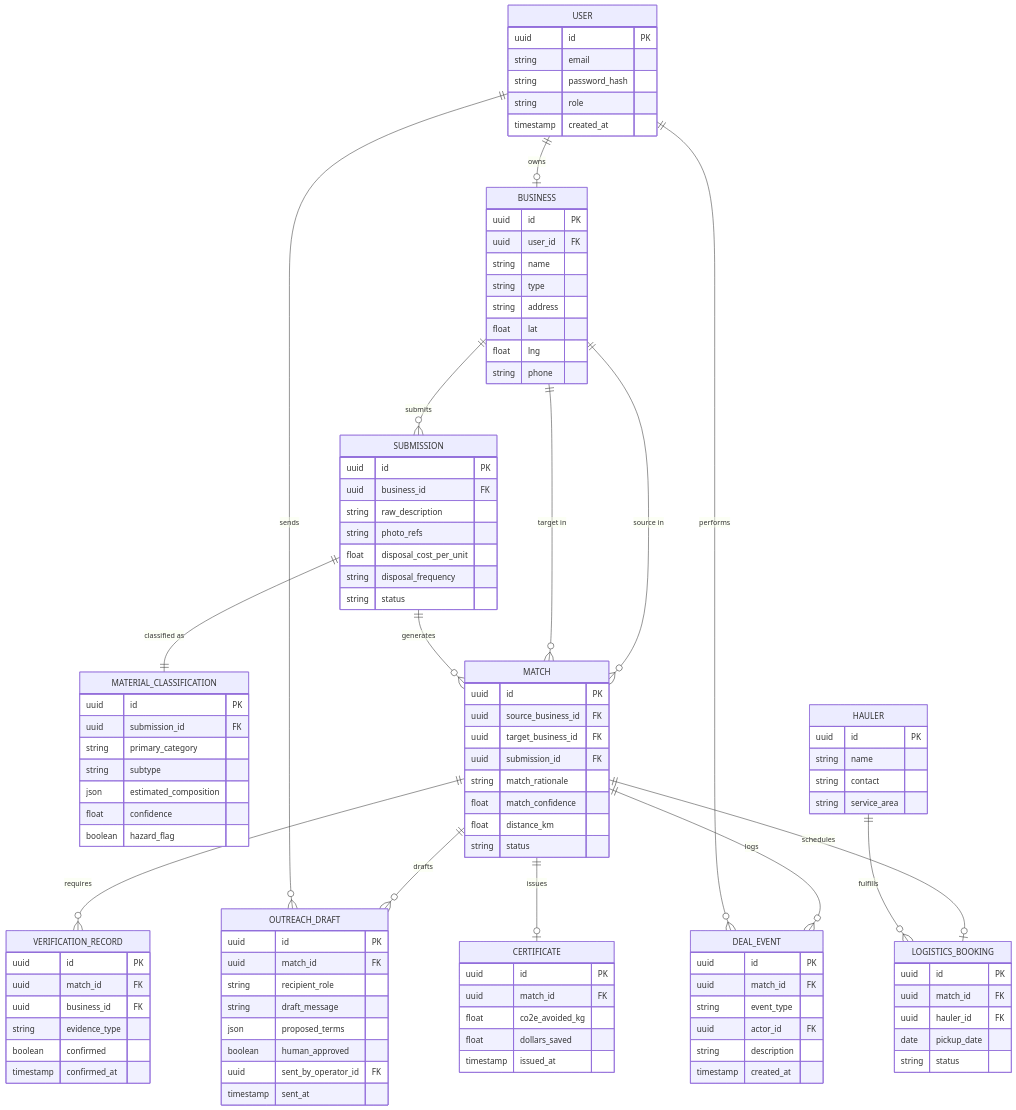
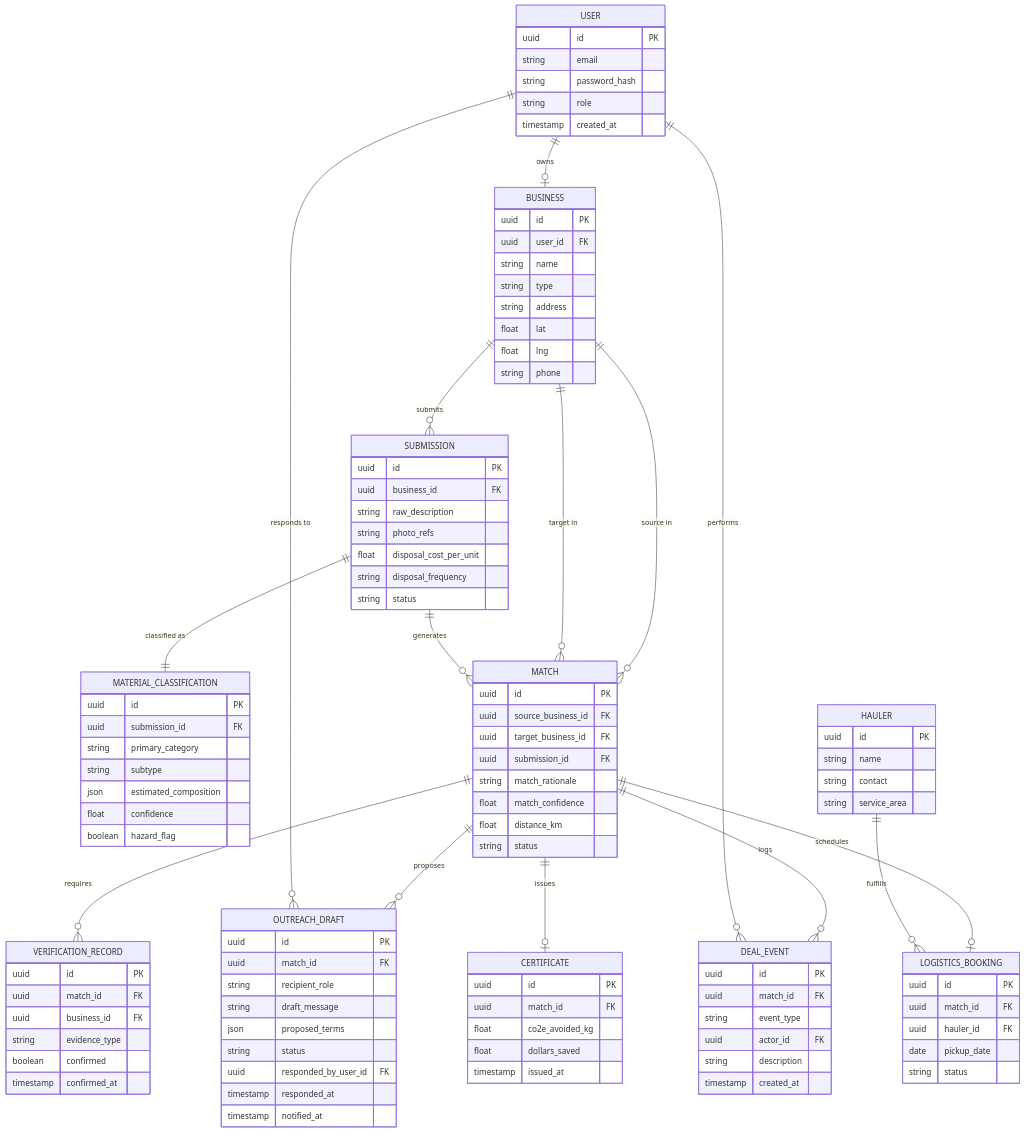
One commit to Amandsvv/EcoMatch changed the diagram in schema.md. Above: the diagram before and after it, drawn with Mermaid. The commit also changed other lines of this file and 76 other files, not shown here.

```diff
--- a/schema.md
+++ b/schema.md
@@ -16,8 +18,8 @@
   BUSINESS ||--o{ MATCH : "source in"
   BUSINESS ||--o{ MATCH : "target in"
   SUBMISSION ||--o{ MATCH : generates
-  MATCH ||--o{ OUTREACH_DRAFT : drafts
-  USER ||--o{ OUTREACH_DRAFT : sends
+  MATCH ||--o{ OUTREACH_DRAFT : proposes
+  USER ||--o{ OUTREACH_DRAFT : "responds to"
   MATCH ||--o{ DEAL_EVENT : logs
   USER ||--o{ DEAL_EVENT : performs
   MATCH ||--o{ VERIFICATION_RECORD : requires
@@ -76,9 +78,10 @@
     string recipient_role
     string draft_message
     json proposed_terms
-    boolean human_approved
-    uuid sent_by_operator_id FK
-    timestamp sent_at
+    string status
+    uuid responded_by_user_id FK
+    timestamp responded_at
+    timestamp notified_at
   }
   DEAL_EVENT {
     uuid id PK
```
